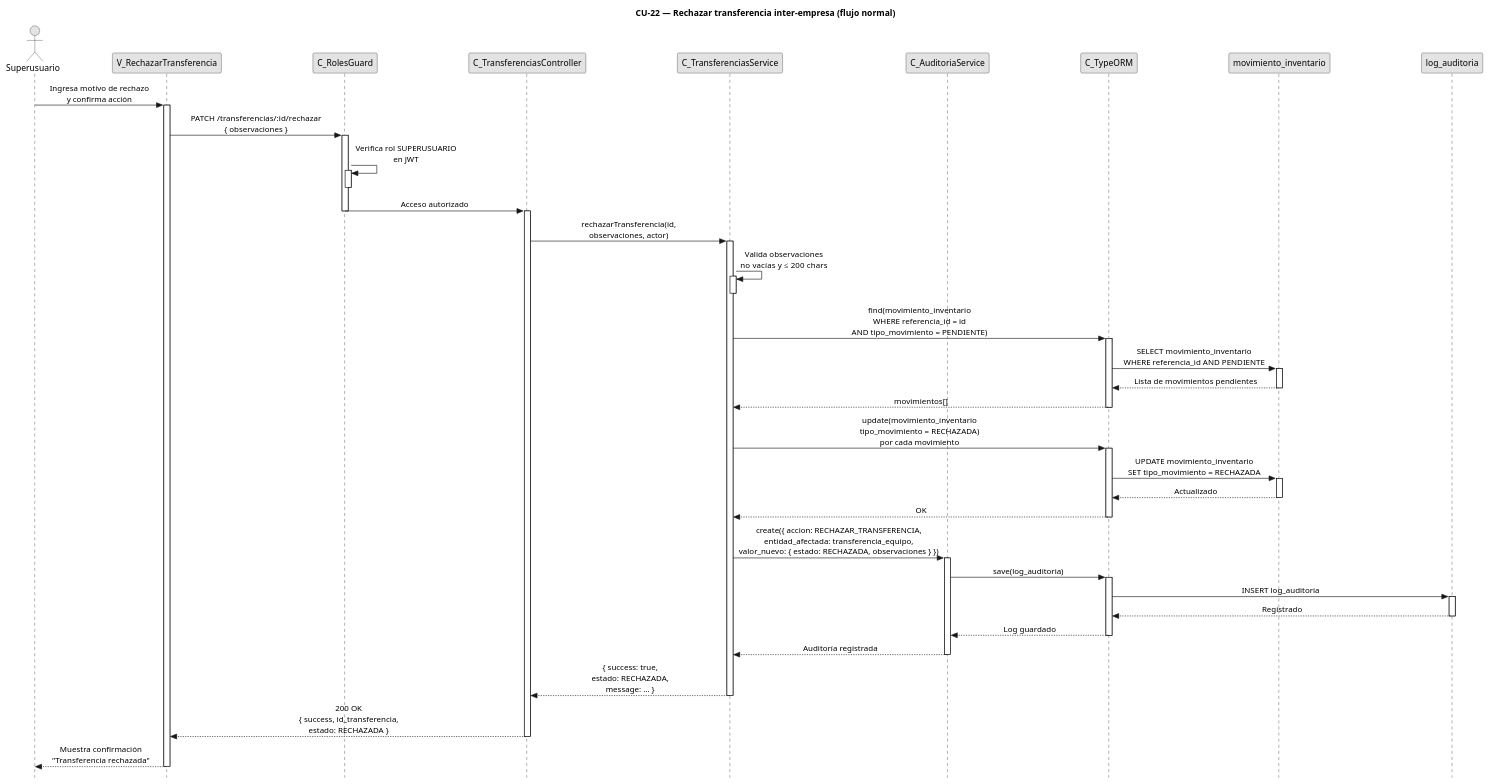
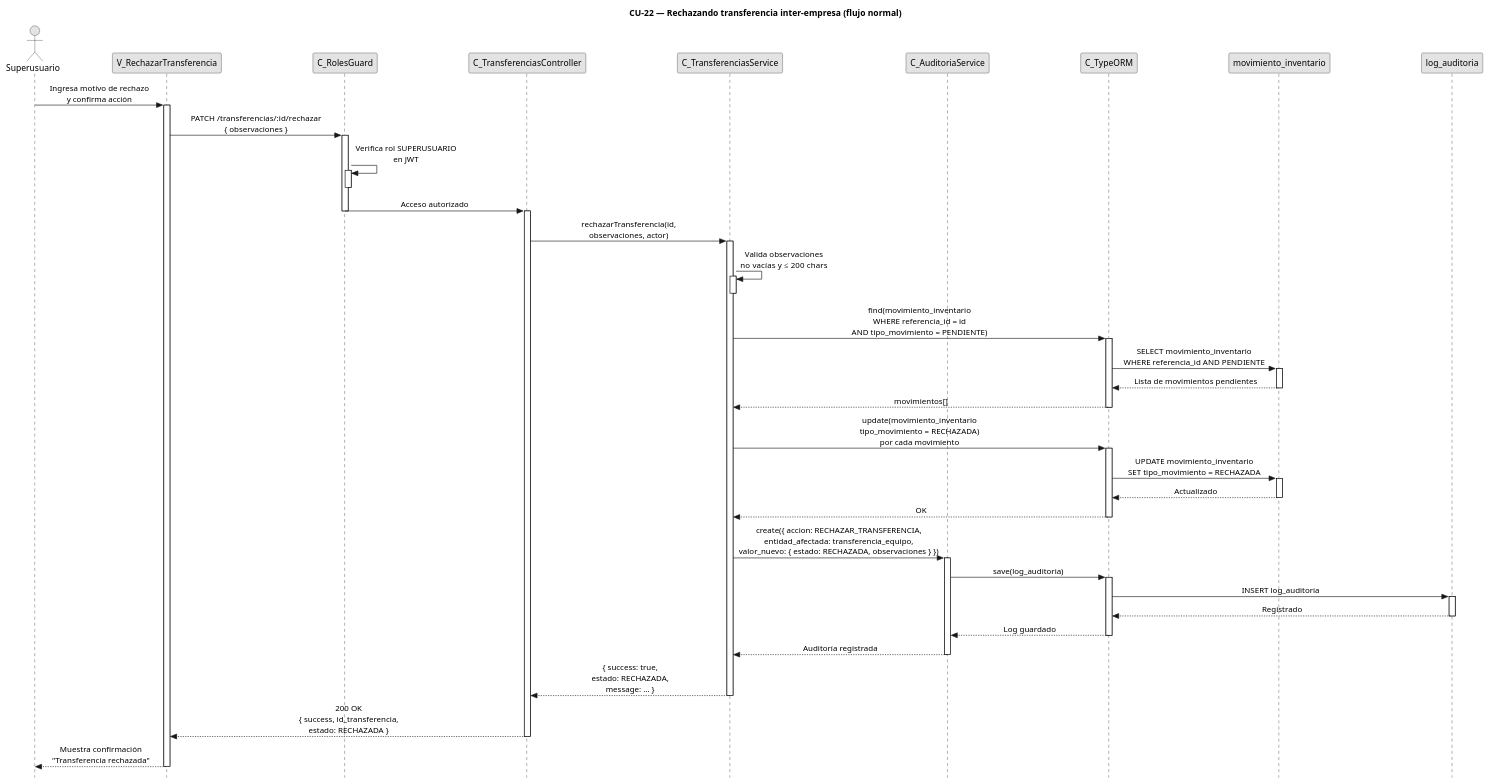
The diagram in diagramas/diagramas-secuencia/CU22/CU22-normal.puml (FSM-Finet-y-Cable-Magico/Team_1-Inventario-y-Bodega), drawn with PlantUML before and after one commit. The commit also changed 155 other files, not shown here.

Commit message:
fix: titulos de diagramas de secuencia en gerundio

```diff
--- a/diagramas/diagramas-secuencia/CU22/CU22-normal.puml
+++ b/diagramas/diagramas-secuencia/CU22/CU22-normal.puml
@@ -1,96 +1,96 @@
 @startuml CU22-normal
-title CU-22 — Rechazar transferencia inter-empresa (flujo normal)
+title CU-22 — Rechazando transferencia inter-empresa (flujo normal)
 
 skinparam style strictuml
 skinparam monochrome true
 skinparam shadowing false
 skinparam sequenceMessageAlign center
 skinparam ParticipantPadding 70
 skinparam ActorPadding 30
 skinparam sequence {
   MessageAlign center
   LifeLineBorderColor black
 }
 hide footbox
 
 actor "Superusuario" as user
 participant "V_RechazarTransferencia" as view
 participant "C_RolesGuard" as guard
 participant "C_TransferenciasController" as ctrl
 participant "C_TransferenciasService" as svc
 participant "C_AuditoriaService" as aud
 participant "C_TypeORM" as orm
 participant "movimiento_inventario" as ment
 participant "log_auditoria" as aent
 
 user -> view : Ingresa motivo de rechazo\ny confirma acción
 activate view
 
 view -> guard : PATCH /transferencias/:id/rechazar\n{ observaciones }
 activate guard
 
 guard -> guard : Verifica rol SUPERUSUARIO\nen JWT
 activate guard
 deactivate guard
 
 guard -> ctrl : Acceso autorizado
 deactivate guard
 
 activate ctrl
 
 ctrl -> svc : rechazarTransferencia(id,\nobservaciones, actor)
 activate svc
 
 svc -> svc : Valida observaciones\nno vacías y ≤ 200 chars
 activate svc
 deactivate svc
 
 svc -> orm : find(movimiento_inventario\nWHERE referencia_id = id\nAND tipo_movimiento = PENDIENTE)
 activate orm
 
 orm -> ment : SELECT movimiento_inventario\nWHERE referencia_id AND PENDIENTE
 activate ment
 ment --> orm : Lista de movimientos pendientes
 deactivate ment
 
 orm --> svc : movimientos[]
 deactivate orm
 
 svc -> orm : update(movimiento_inventario\ntipo_movimiento = RECHAZADA)\npor cada movimiento
 activate orm
 
 orm -> ment : UPDATE movimiento_inventario\nSET tipo_movimiento = RECHAZADA
 activate ment
 ment --> orm : Actualizado
 deactivate ment
 
 orm --> svc : OK
 deactivate orm
 
 svc -> aud : create({ accion: RECHAZAR_TRANSFERENCIA,\nentidad_afectada: transferencia_equipo,\nvalor_nuevo: { estado: RECHAZADA, observaciones } })
 activate aud
 
 aud -> orm : save(log_auditoria)
 activate orm
 
 orm -> aent : INSERT log_auditoria
 activate aent
 aent --> orm : Registrado
 deactivate aent
 
 orm --> aud : Log guardado
 deactivate orm
 
 aud --> svc : Auditoría registrada
 deactivate aud
 
 svc --> ctrl : { success: true,\nestado: RECHAZADA,\nmessage: ... }
 deactivate svc
 
 ctrl --> view : 200 OK\n{ success, id_transferencia,\nestado: RECHAZADA }
 deactivate ctrl
 
 view --> user : Muestra confirmación\n"Transferencia rechazada"
 deactivate view
 
 @enduml
```
